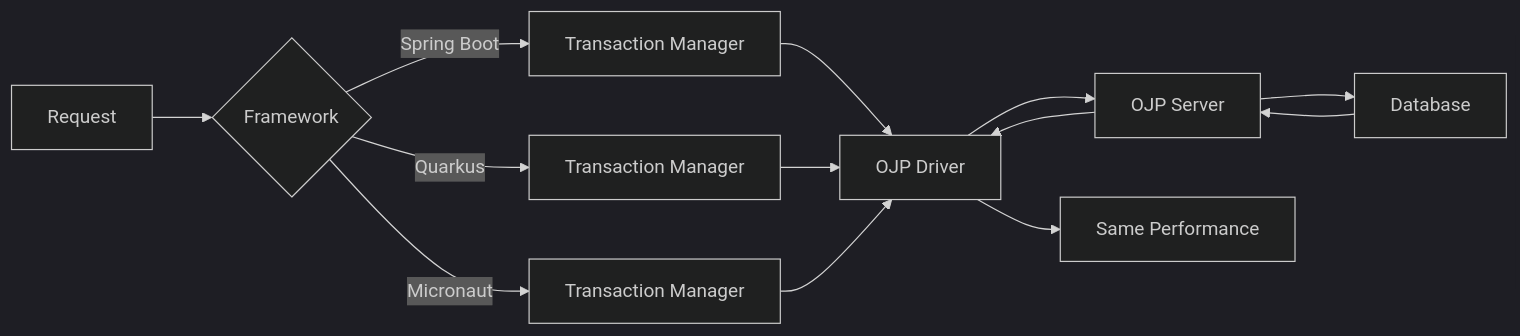
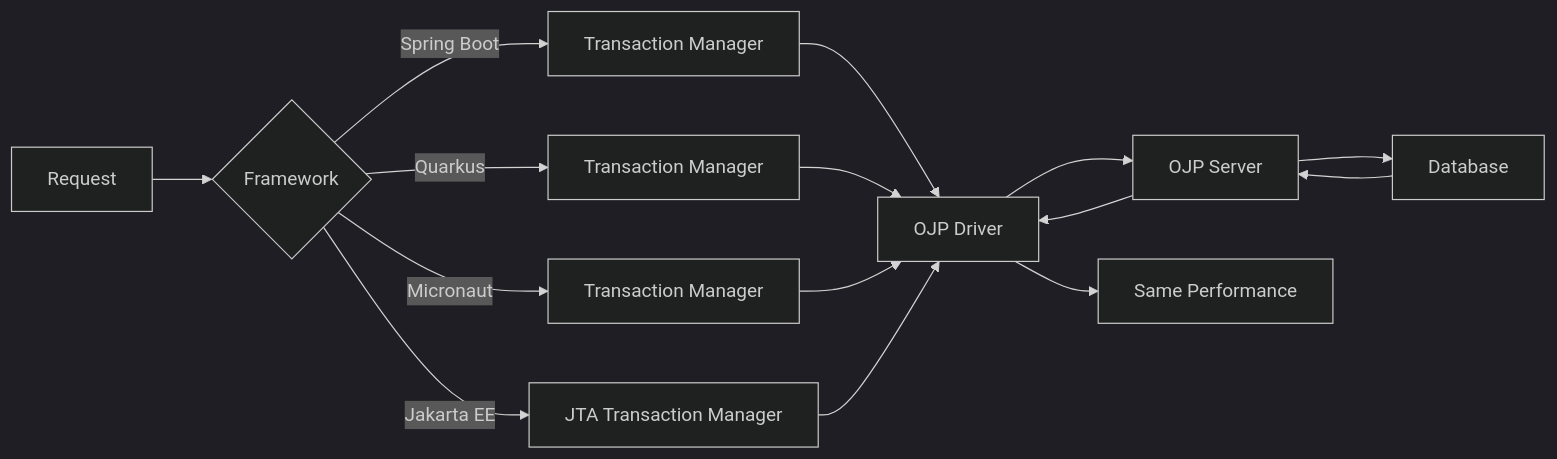
The fifth of 6 diagrams in documents/ebook/part2-chapter7-framework-integration.md (sisv1der/ojp), drawn with Mermaid (dark theme) before and after one commit. The commit also changed other lines of this file and 2 other files, not shown here.

First line of the commit message:
Add Jakarta EE (GlassFish 7) integration documentation

````diff
--- a/documents/ebook/part2-chapter7-framework-integration.md
+++ b/documents/ebook/part2-chapter7-framework-integration.md
@@ -442,15 +593,17 @@
 ```mermaid
 graph LR
     A[Request] --> B{Framework}
     B -->|Spring Boot| C[Transaction Manager]
     B -->|Quarkus| D[Transaction Manager]
     B -->|Micronaut| E[Transaction Manager]
+    B -->|Jakarta EE| K[JTA Transaction Manager]
     C --> F[OJP Driver]
     D --> F
     E --> F
+    K --> F
     F --> G[OJP Server]
     G --> H[Database]
     H --> G
     G --> F
     F --> I[Same Performance]
 ```
````
